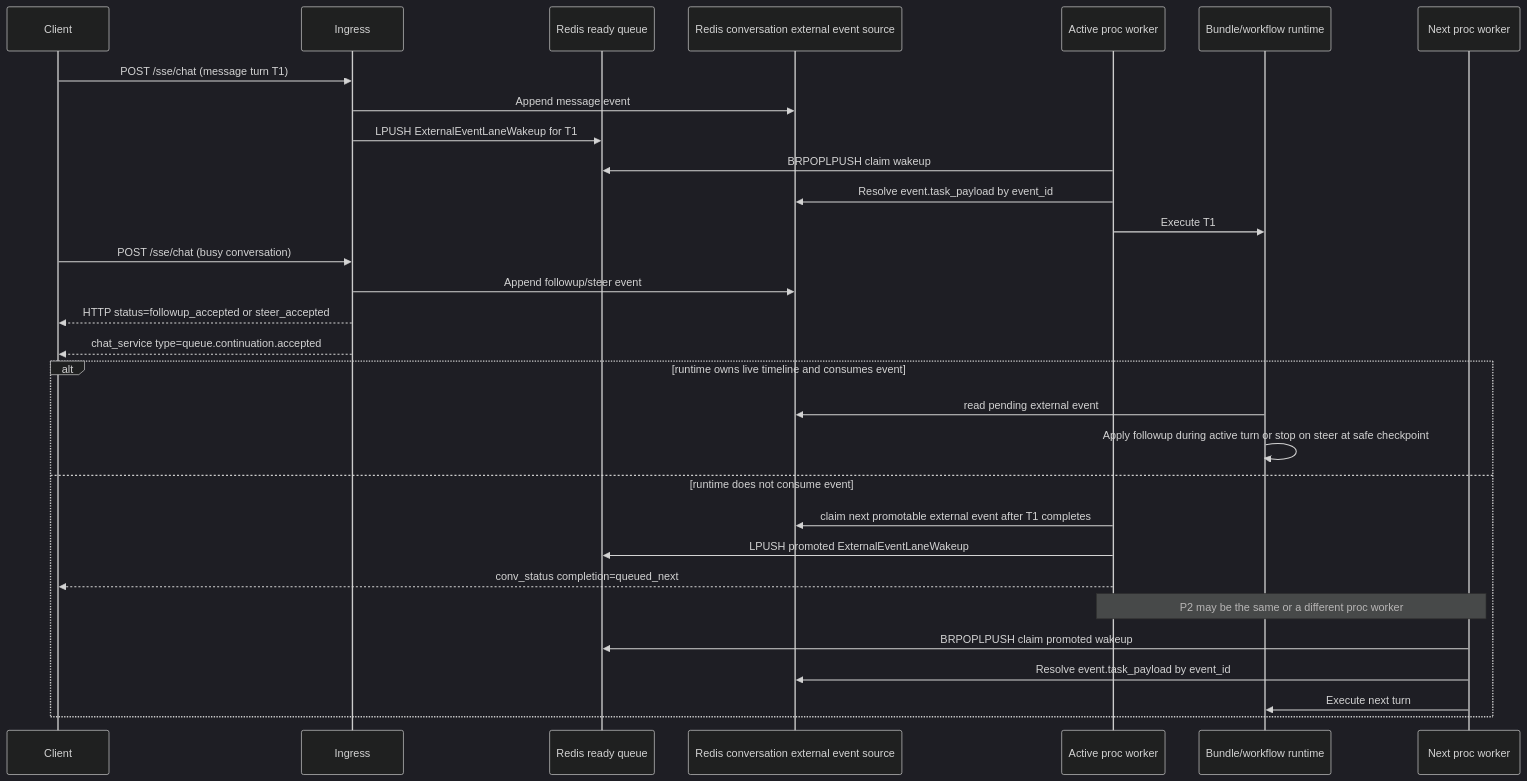
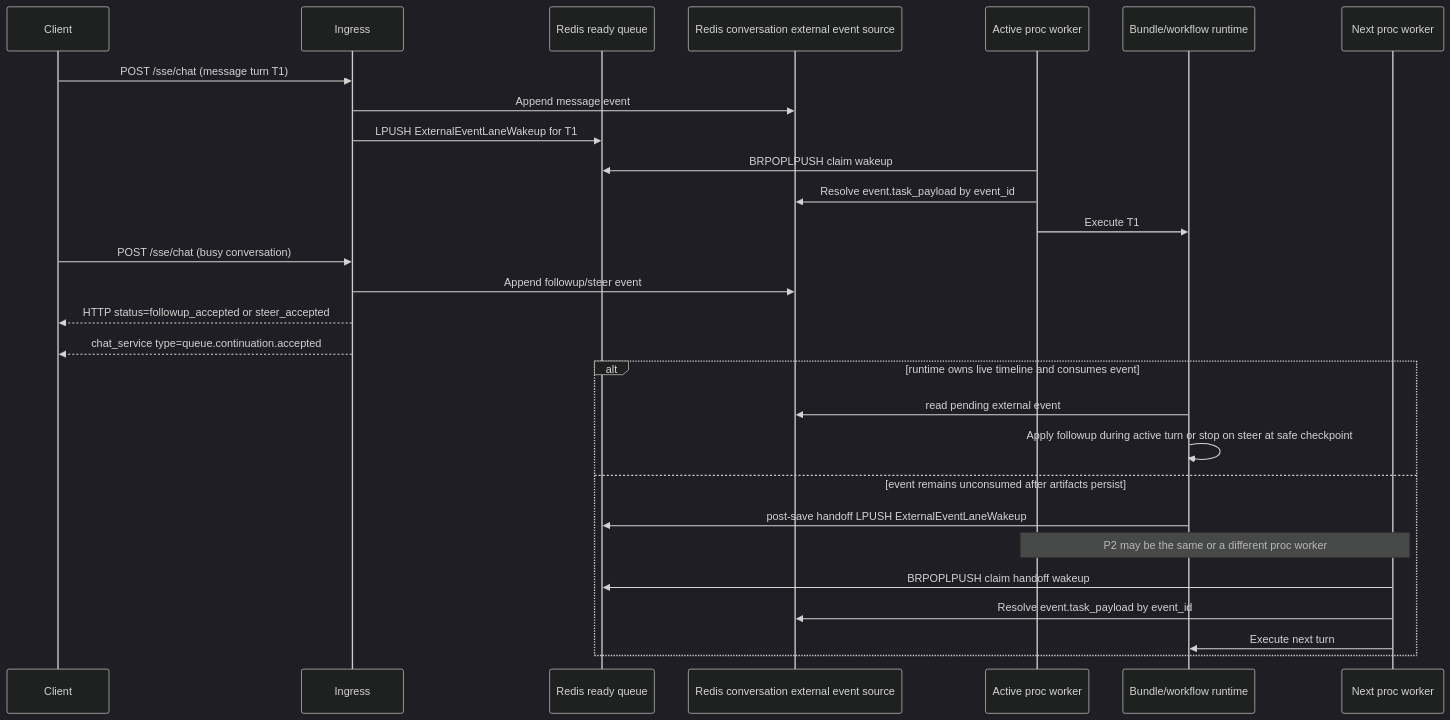
One commit to kdcube/kdcube-ai-app changed the second of 3 diagrams in app/ai-app/docs/arch/proc/processor-arch-README.md. Above: the diagram before and after it, drawn with Mermaid (dark theme). The commit also changed other lines of this file and 10 other files, not shown here.

Commit message:
docs: refresh proc ingress and data bus architecture

````diff
--- a/app/ai-app/docs/arch/proc/processor-arch-README.md
+++ b/app/ai-app/docs/arch/proc/processor-arch-README.md
@@ -339,35 +345,33 @@
 ```mermaid
 sequenceDiagram
     participant C as Client
     participant I as Ingress
     participant Q as Redis ready queue
     participant M as Redis conversation external event source
     participant P1 as Active proc worker
     participant R as Bundle/workflow runtime
     participant P2 as Next proc worker
 
     C->>I: POST /sse/chat (message turn T1)
     I->>M: Append message event
     I->>Q: LPUSH ExternalEventLaneWakeup for T1
     P1->>Q: BRPOPLPUSH claim wakeup
     P1->>M: Resolve event.task_payload by event_id
     P1->>R: Execute T1
 
     C->>I: POST /sse/chat (busy conversation)
     I->>M: Append followup/steer event
     I-->>C: HTTP status=followup_accepted or steer_accepted
     I-->>C: chat_service type=queue.continuation.accepted
 
     alt runtime owns live timeline and consumes event
         R->>M: read pending external event
         R->>R: Apply followup during active turn or stop on steer at safe checkpoint
-    else runtime does not consume event
-        P1->>M: claim next promotable external event after T1 completes
-        P1->>Q: LPUSH promoted ExternalEventLaneWakeup
-        P1-->>C: conv_status completion=queued_next
+    else event remains unconsumed after artifacts persist
+        R->>Q: post-save handoff LPUSH ExternalEventLaneWakeup
         Note over P1,P2: P2 may be the same or a different proc worker
-        P2->>Q: BRPOPLPUSH claim promoted wakeup
+        P2->>Q: BRPOPLPUSH claim handoff wakeup
         P2->>M: Resolve event.task_payload by event_id
         P2->>R: Execute next turn
     end
 ```
````
